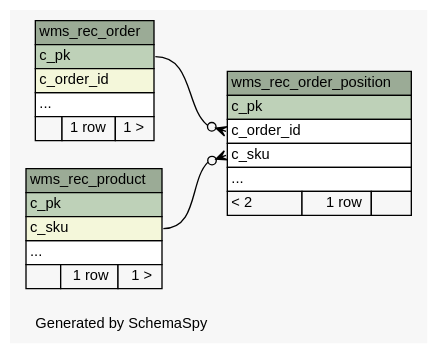
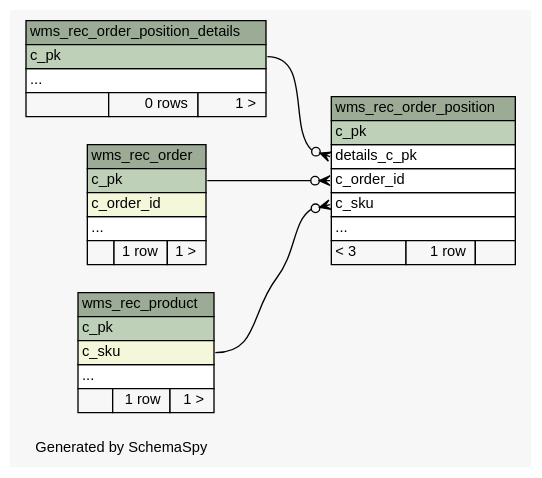
One commit to openwms/org.openwms.wms.receiving.lib changed the diagram in schemaspy/diagrams/summary/relationships.real.compact.dot. Above: the diagram before and after it, drawn with Graphviz. The commit also changed 186 other files, not shown here.

```diff
--- a/schemaspy/diagrams/summary/relationships.real.compact.dot
+++ b/schemaspy/diagrams/summary/relationships.real.compact.dot
@@ -1,61 +1,74 @@
 // dot 2.36.0 on Linux 4.4.0-101-generic
 // SchemaSpy rev Unknown
 digraph "compactRelationshipsDiagram" {
   graph [
     rankdir="RL"
     bgcolor="#f7f7f7"
     label="\nGenerated by SchemaSpy"
     labeljust="l"
     nodesep="0.18"
     ranksep="0.46"
     fontname="Helvetica"
     fontsize="11"
   ];
   node [
     fontname="Helvetica"
     fontsize="11"
     shape="plaintext"
   ];
   edge [
     arrowsize="0.8"
   ];
   "wms_rec_order" [
     label=<
     <TABLE BORDER="0" CELLBORDER="1" CELLSPACING="0" BGCOLOR="#ffffff">
       <TR><TD COLSPAN="3" BGCOLOR="#9bab96" ALIGN="CENTER">wms_rec_order</TD></TR>
       <TR><TD PORT="c_pk" COLSPAN="3" BGCOLOR="#bed1b8" ALIGN="LEFT">c_pk</TD></TR>
       <TR><TD PORT="c_order_id" COLSPAN="3" BGCOLOR="#f4f7da" ALIGN="LEFT">c_order_id</TD></TR>
       <TR><TD PORT="elipses" COLSPAN="3" ALIGN="LEFT">...</TD></TR>
       <TR><TD ALIGN="LEFT" BGCOLOR="#f7f7f7">  </TD><TD ALIGN="RIGHT" BGCOLOR="#f7f7f7">1 row</TD><TD ALIGN="RIGHT" BGCOLOR="#f7f7f7">1 &gt;</TD></TR>
     </TABLE>>
     URL="tables/wms_rec_order.html"
     tooltip="wms_rec_order"
   ];
   "wms_rec_order_position" [
     label=<
     <TABLE BORDER="0" CELLBORDER="1" CELLSPACING="0" BGCOLOR="#ffffff">
       <TR><TD COLSPAN="3" BGCOLOR="#9bab96" ALIGN="CENTER">wms_rec_order_position</TD></TR>
       <TR><TD PORT="c_pk" COLSPAN="3" BGCOLOR="#bed1b8" ALIGN="LEFT">c_pk</TD></TR>
+      <TR><TD PORT="details_c_pk" COLSPAN="3" ALIGN="LEFT">details_c_pk</TD></TR>
       <TR><TD PORT="c_order_id" COLSPAN="3" ALIGN="LEFT">c_order_id</TD></TR>
       <TR><TD PORT="c_sku" COLSPAN="3" ALIGN="LEFT">c_sku</TD></TR>
       <TR><TD PORT="elipses" COLSPAN="3" ALIGN="LEFT">...</TD></TR>
-      <TR><TD ALIGN="LEFT" BGCOLOR="#f7f7f7">&lt; 2</TD><TD ALIGN="RIGHT" BGCOLOR="#f7f7f7">1 row</TD><TD ALIGN="RIGHT" BGCOLOR="#f7f7f7">  </TD></TR>
+      <TR><TD ALIGN="LEFT" BGCOLOR="#f7f7f7">&lt; 3</TD><TD ALIGN="RIGHT" BGCOLOR="#f7f7f7">1 row</TD><TD ALIGN="RIGHT" BGCOLOR="#f7f7f7">  </TD></TR>
     </TABLE>>
     URL="tables/wms_rec_order_position.html"
     tooltip="wms_rec_order_position"
+  ];
+  "wms_rec_order_position_details" [
+    label=<
+    <TABLE BORDER="0" CELLBORDER="1" CELLSPACING="0" BGCOLOR="#ffffff">
+      <TR><TD COLSPAN="3" BGCOLOR="#9bab96" ALIGN="CENTER">wms_rec_order_position_details</TD></TR>
+      <TR><TD PORT="c_pk" COLSPAN="3" BGCOLOR="#bed1b8" ALIGN="LEFT">c_pk</TD></TR>
+      <TR><TD PORT="elipses" COLSPAN="3" ALIGN="LEFT">...</TD></TR>
+      <TR><TD ALIGN="LEFT" BGCOLOR="#f7f7f7">  </TD><TD ALIGN="RIGHT" BGCOLOR="#f7f7f7">0 rows</TD><TD ALIGN="RIGHT" BGCOLOR="#f7f7f7">1 &gt;</TD></TR>
+    </TABLE>>
+    URL="tables/wms_rec_order_position_details.html"
+    tooltip="wms_rec_order_position_details"
   ];
   "wms_rec_product" [
     label=<
     <TABLE BORDER="0" CELLBORDER="1" CELLSPACING="0" BGCOLOR="#ffffff">
       <TR><TD COLSPAN="3" BGCOLOR="#9bab96" ALIGN="CENTER">wms_rec_product</TD></TR>
       <TR><TD PORT="c_pk" COLSPAN="3" BGCOLOR="#bed1b8" ALIGN="LEFT">c_pk</TD></TR>
       <TR><TD PORT="c_sku" COLSPAN="3" BGCOLOR="#f4f7da" ALIGN="LEFT">c_sku</TD></TR>
       <TR><TD PORT="elipses" COLSPAN="3" ALIGN="LEFT">...</TD></TR>
       <TR><TD ALIGN="LEFT" BGCOLOR="#f7f7f7">  </TD><TD ALIGN="RIGHT" BGCOLOR="#f7f7f7">1 row</TD><TD ALIGN="RIGHT" BGCOLOR="#f7f7f7">1 &gt;</TD></TR>
     </TABLE>>
     URL="tables/wms_rec_product.html"
     tooltip="wms_rec_product"
   ];
   "wms_rec_order_position":"c_order_id":w -> "wms_rec_order":"c_pk":e [arrowhead=none dir=back arrowtail=crowodot];
   "wms_rec_order_position":"c_sku":w -> "wms_rec_product":"c_sku":e [arrowhead=none dir=back arrowtail=crowodot];
+  "wms_rec_order_position":"details_c_pk":w -> "wms_rec_order_position_details":"c_pk":e [arrowhead=none dir=back arrowtail=crowodot];
 }
```
